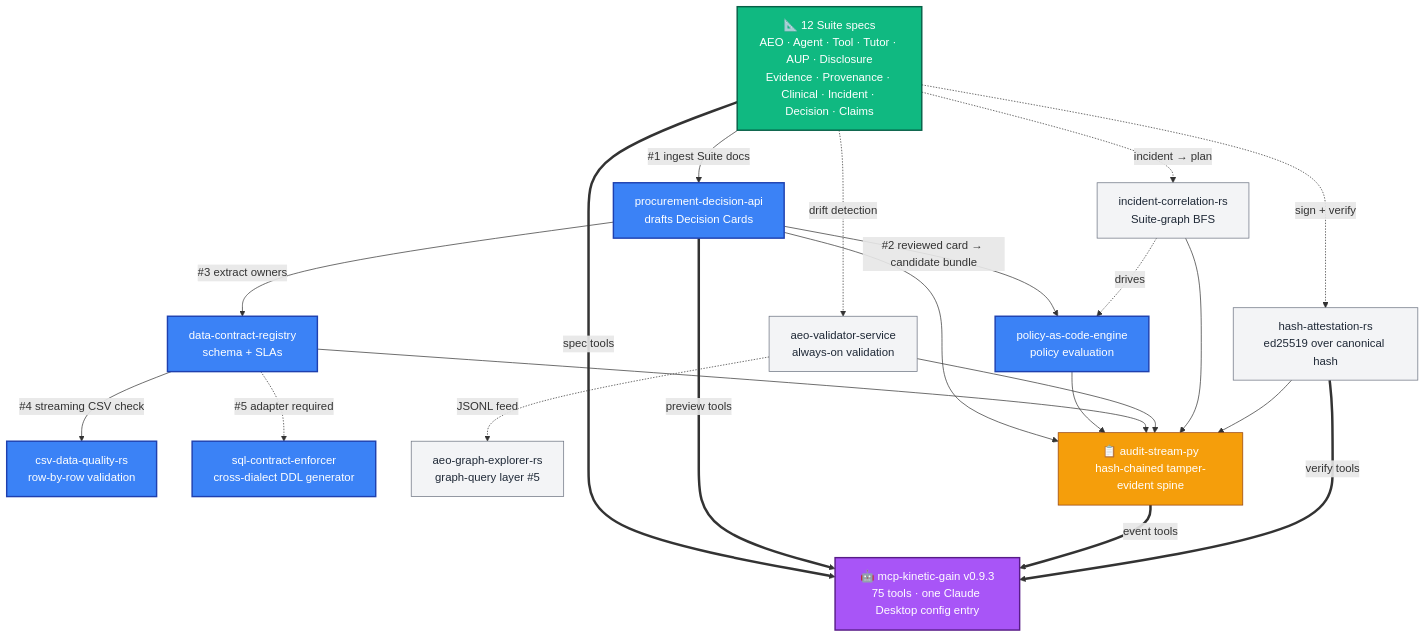
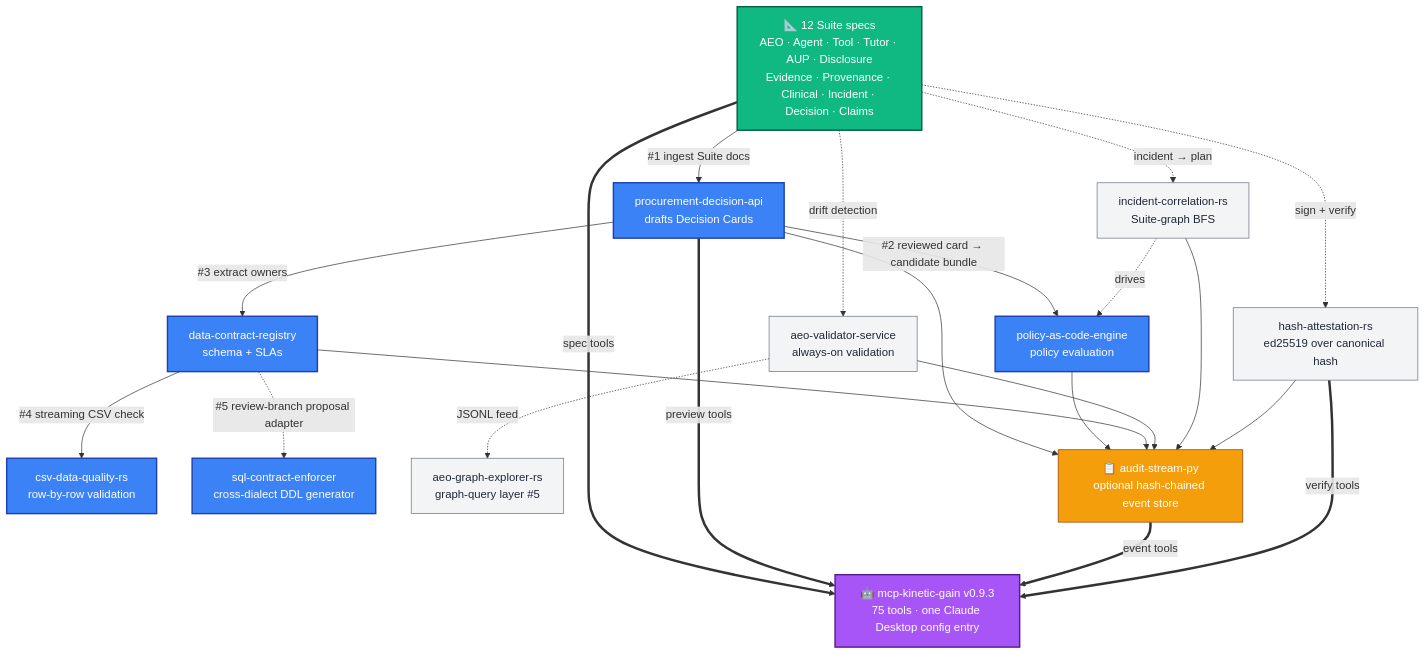
Before and after one commit to mizcausevic-dev/kinetic-gain-protocol-suite: the first of 2 diagrams in README.md, drawn with Mermaid. The commit also changed other lines of this file and 1 other file, not shown here.

````diff
--- a/README.md
+++ b/README.md
@@ -132,36 +132,36 @@
 ```mermaid
 flowchart TB
     classDef spec fill:#10b981,stroke:#065f46,color:#fff,stroke-width:2px
     classDef hook fill:#3b82f6,stroke:#1e40af,color:#fff,stroke-width:2px
     classDef sup fill:#f3f4f6,stroke:#6b7280,color:#1f2937
     classDef stream fill:#f59e0b,stroke:#92400e,color:#fff
     classDef mcp fill:#a855f7,stroke:#581c87,color:#fff,stroke-width:2px
 
     SPECS["📐 12 Suite specs<br/>AEO · Agent · Tool · Tutor · AUP · Disclosure<br/>Evidence · Provenance · Clinical · Incident · Decision · Claims"]:::spec
 
     SPECS -->|"#1 ingest Suite docs"| PDA["procurement-decision-api<br/>drafts Decision Cards"]:::hook
     PDA -->|"#2 reviewed card → candidate bundle"| PAC["policy-as-code-engine<br/>policy evaluation"]:::hook
     PDA -->|"#3 extract owners"| DCR["data-contract-registry<br/>schema + SLAs"]:::hook
     DCR -->|"#4 streaming CSV check"| CDQ["csv-data-quality-rs<br/>row-by-row validation"]:::hook
-    DCR -.->|"#5 adapter required"| SCE["sql-contract-enforcer<br/>cross-dialect DDL generator"]:::hook
+    DCR -.->|"#5 review-branch proposal adapter"| SCE["sql-contract-enforcer<br/>cross-dialect DDL generator"]:::hook
 
     SPECS -.->|sign + verify| HA["hash-attestation-rs<br/>ed25519 over canonical hash"]:::sup
     SPECS -.->|drift detection| AVS["aeo-validator-service<br/>always-on validation"]:::sup
     AVS -.->|JSONL feed| AGE["aeo-graph-explorer-rs<br/>graph-query layer #5"]:::sup
     SPECS -.->|incident → plan| ICR["incident-correlation-rs<br/>Suite-graph BFS"]:::sup
     ICR -.->|drives| PAC
 
     PDA --> AS
     PAC --> AS
     DCR --> AS
     AVS --> AS
     ICR --> AS
     HA --> AS
-    AS["📋 audit-stream-py<br/>hash-chained tamper-evident spine"]:::stream
+    AS["📋 audit-stream-py<br/>optional hash-chained event store"]:::stream
 
     SPECS ==>|spec tools| MCP
     PDA ==>|preview tools| MCP
     AS ==>|event tools| MCP
     HA ==>|verify tools| MCP
     MCP["🤖 mcp-kinetic-gain v0.9.3<br/>75 tools · one Claude Desktop config entry"]:::mcp
 ```
````
